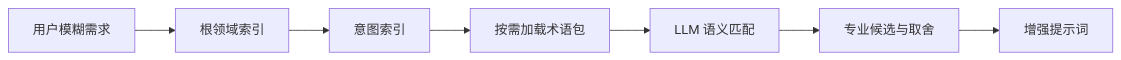
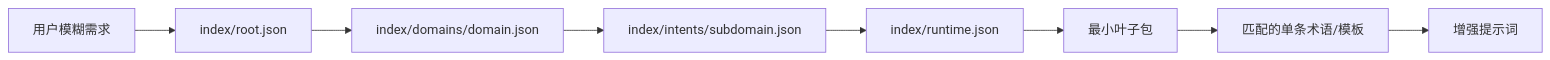
One commit to konglong87/jargon changed the diagram in README.md. Above: the diagram before and after it, drawn with Mermaid. The commit also changed other lines of this file and 138 other files, not shown here.

````diff
--- a/README.md
+++ b/README.md
@@ -110,9 +77,10 @@
 ```mermaid
 flowchart LR
-    A[用户模糊需求] --> B[根领域索引]
-    B --> C[意图索引]
-    C --> D[按需加载术语包]
-    D --> E[LLM 语义匹配]
-    E --> F[专业候选与取舍]
-    F --> G[增强提示词]
+    A[用户模糊需求] --> B[index/root.json]
+    B --> C[index/domains/domain.json]
+    C --> D[index/intents/subdomain.json]
+    D --> E[index/runtime.json]
+    E --> F[最小叶子包]
+    F --> G[匹配的单条术语/模板]
+    G --> H[增强提示词]
 ```
````
